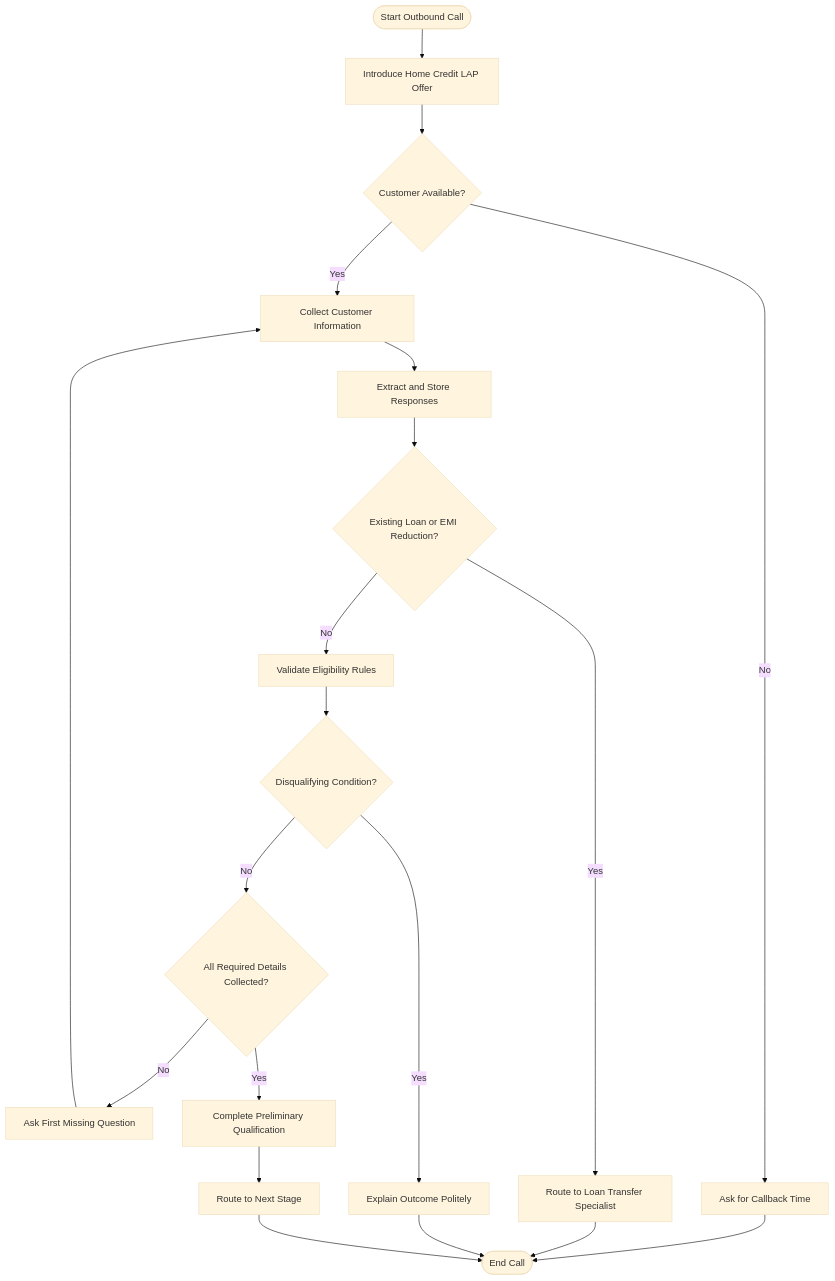
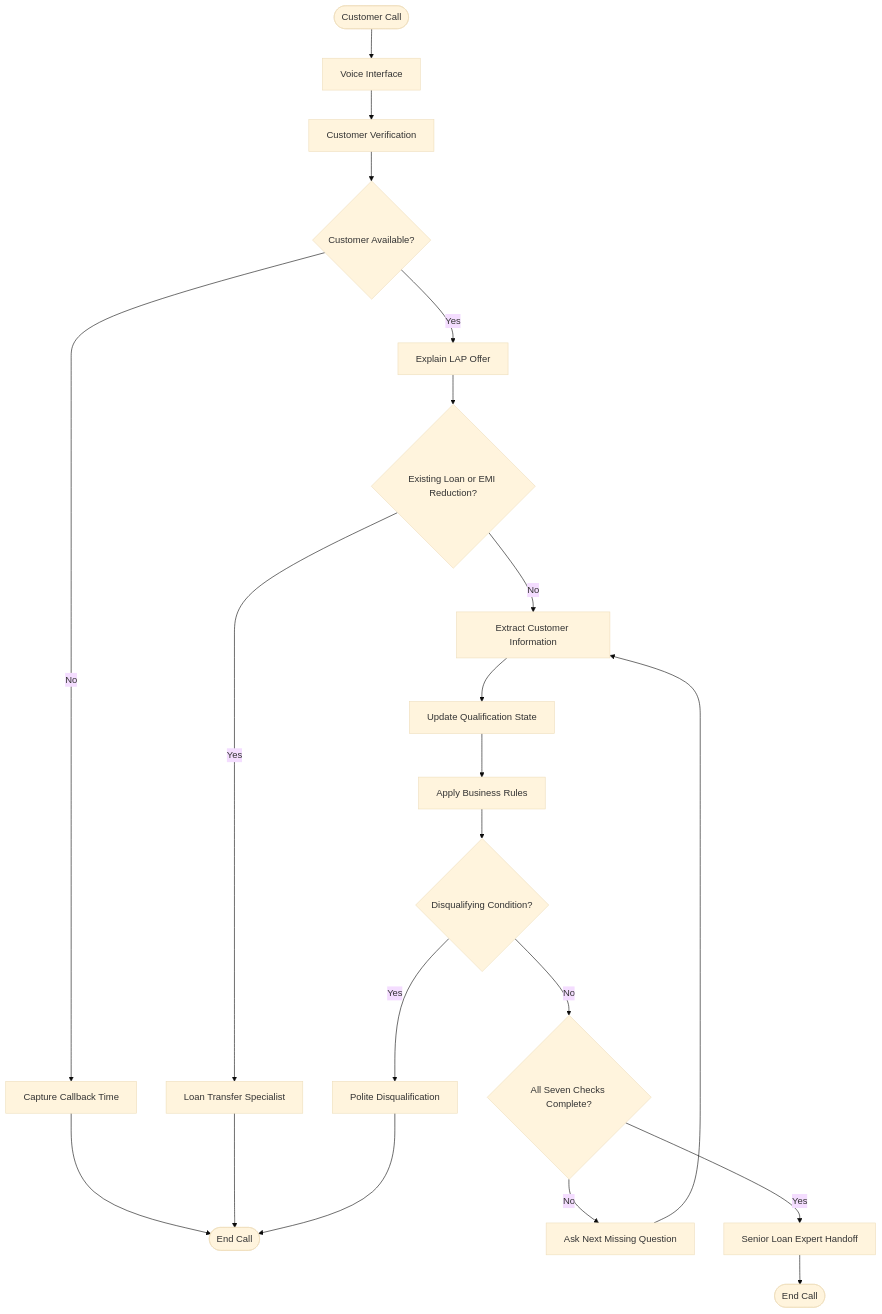
Before and after one commit to bhavanaunaidu/Sales_Agent_ai_assignment-: the diagram in README.md, drawn with Mermaid (base theme). The commit also changed other lines of this file, not shown here.

````diff
--- a/README.md
+++ b/README.md
@@ -88,29 +51,30 @@
 ```mermaid
 flowchart TD
-    A([Start Outbound Call]) --> B[Introduce Home Credit LAP Offer]
-    B --> C{Customer Available?}
+    A([Customer Call]) --> B[Voice Interface]
+    B --> C[Customer Verification]
+    C --> D{Customer Available?}
 
-    C -- No --> D[Ask for Callback Time]
-    D --> E([End Call])
+    D -- No --> E[Capture Callback Time]
+    E --> F([End Call])
 
-    C -- Yes --> F[Collect Customer Information]
-    F --> G[Extract and Store Responses]
+    D -- Yes --> G[Explain LAP Offer]
     G --> H{Existing Loan or EMI Reduction?}
 
-    H -- Yes --> I[Route to Loan Transfer Specialist]
-    I --> E
+    H -- Yes --> I[Loan Transfer Specialist]
+    I --> F
 
-    H -- No --> J[Validate Eligibility Rules]
-    J --> K{Disqualifying Condition?}
+    H -- No --> J[Extract Customer Information]
+    J --> K[Update Qualification State]
+    K --> L[Apply Business Rules]
 
-    K -- Yes --> L[Explain Outcome Politely]
-    L --> E
-
-    K -- No --> M{All Required Details Collected?}
-    M -- No --> N[Ask First Missing Question]
+    L --> M{Disqualifying Condition?}
+    M -- Yes --> N[Polite Disqualification]
     N --> F
 
-    M -- Yes --> O[Complete Preliminary Qualification]
-    O --> P[Route to Next Stage]
-    P --> E
+    M -- No --> O{All Seven Checks Complete?}
+    O -- No --> P[Ask Next Missing Question]
+    P --> J
+
+    O -- Yes --> Q[Senior Loan Expert Handoff]
+    Q --> R([End Call])
 ```
````
